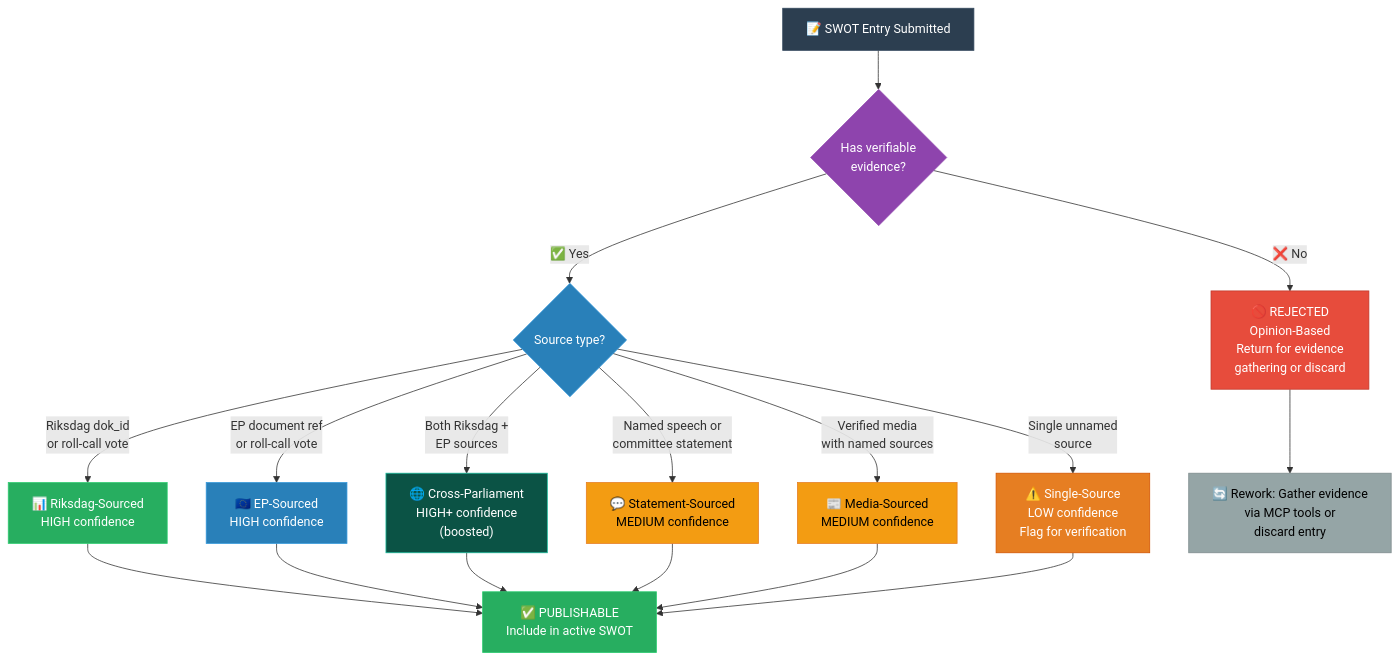
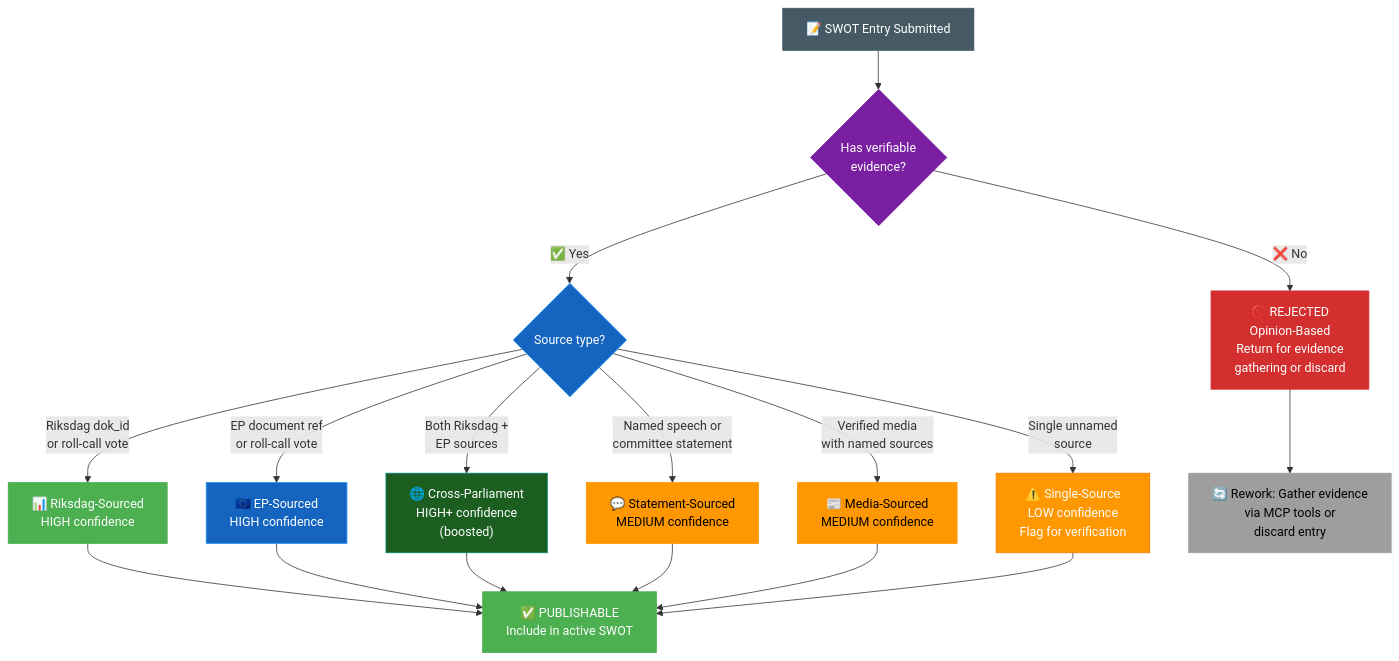
One commit to Hack23/riksdagsmonitor changed the eighth of 9 diagrams in analysis/methodologies/political-swot-framework.md. Above: the diagram before and after it, drawn with Mermaid. The commit also changed other lines of this file and 14 other files, not shown here.

First line of the commit message:
Align analysis/ mermaid diagrams with ISMS Style Guide palette and convert SWOT to quadrantChart

````diff
--- a/analysis/methodologies/political-swot-framework.md
+++ b/analysis/methodologies/political-swot-framework.md
@@ -606,36 +652,36 @@
 ```mermaid
 flowchart TD
     A["📝 SWOT Entry Submitted"] --> B{"Has verifiable<br/>evidence?"}
 
     B -->|"✅ Yes"| C{"Source type?"}
     B -->|"❌ No"| REJ["🚫 REJECTED<br/>Opinion-Based<br/>Return for evidence<br/>gathering or discard"]
 
     C -->|"Riksdag dok_id<br/>or roll-call vote"| D["📊 Riksdag-Sourced<br/>HIGH confidence"]
     C -->|"EP document ref<br/>or roll-call vote"| E["🇪🇺 EP-Sourced<br/>HIGH confidence"]
     C -->|"Both Riksdag +<br/>EP sources"| F["🌐 Cross-Parliament<br/>HIGH+ confidence<br/>(boosted)"]
     C -->|"Named speech or<br/>committee statement"| G["💬 Statement-Sourced<br/>MEDIUM confidence"]
     C -->|"Verified media<br/>with named sources"| H["📰 Media-Sourced<br/>MEDIUM confidence"]
     C -->|"Single unnamed<br/>source"| I["⚠️ Single-Source<br/>LOW confidence<br/>Flag for verification"]
 
     D --> PUB["✅ PUBLISHABLE<br/>Include in active SWOT"]
     E --> PUB
     F --> PUB
     G --> PUB
     H --> PUB
     I --> PUB
 
     REJ --> REWORK["🔄 Rework: Gather evidence<br/>via MCP tools or<br/>discard entry"]
 
-    style A fill:#2c3e50,color:#fff,stroke:#34495e
-    style B fill:#8e44ad,color:#fff,stroke:#9b59b6
-    style C fill:#2980b9,color:#fff,stroke:#3498db
-    style D fill:#27ae60,color:#fff,stroke:#2ecc71
-    style E fill:#2980b9,color:#fff,stroke:#3498db
-    style F fill:#0b5345,color:#fff,stroke:#1abc9c
-    style G fill:#f39c12,color:#000,stroke:#e67e22
-    style H fill:#f39c12,color:#000,stroke:#e67e22
-    style I fill:#e67e22,color:#fff,stroke:#d35400
-    style PUB fill:#27ae60,color:#fff,stroke:#2ecc71
-    style REJ fill:#e74c3c,color:#fff,stroke:#c0392b
-    style REWORK fill:#95a5a6,color:#000,stroke:#7f8c8d
+    style A fill:#455A64,color:#FFFFFF,stroke:#455A64
+    style B fill:#7B1FA2,color:#FFFFFF,stroke:#7B1FA2
+    style C fill:#1565C0,color:#FFFFFF,stroke:#2196F3
+    style D fill:#4CAF50,color:#FFFFFF,stroke:#4CAF50
+    style E fill:#1565C0,color:#FFFFFF,stroke:#2196F3
+    style F fill:#1B5E20,color:#FFFFFF,stroke:#00897B
+    style G fill:#FF9800,color:#000000,stroke:#FF9800
+    style H fill:#FF9800,color:#000000,stroke:#FF9800
+    style I fill:#FF9800,color:#FFFFFF,stroke:#F57C00
+    style PUB fill:#4CAF50,color:#FFFFFF,stroke:#4CAF50
+    style REJ fill:#D32F2F,color:#FFFFFF,stroke:#D32F2F
+    style REWORK fill:#9E9E9E,color:#000000,stroke:#9E9E9E
 ```
````
